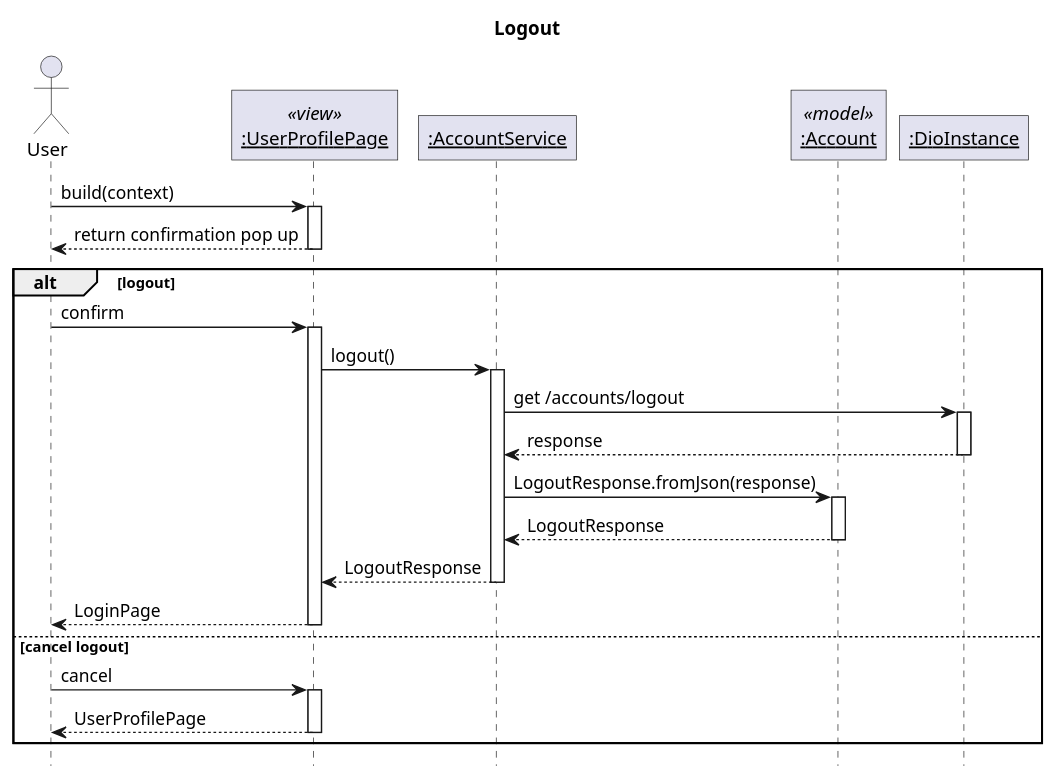
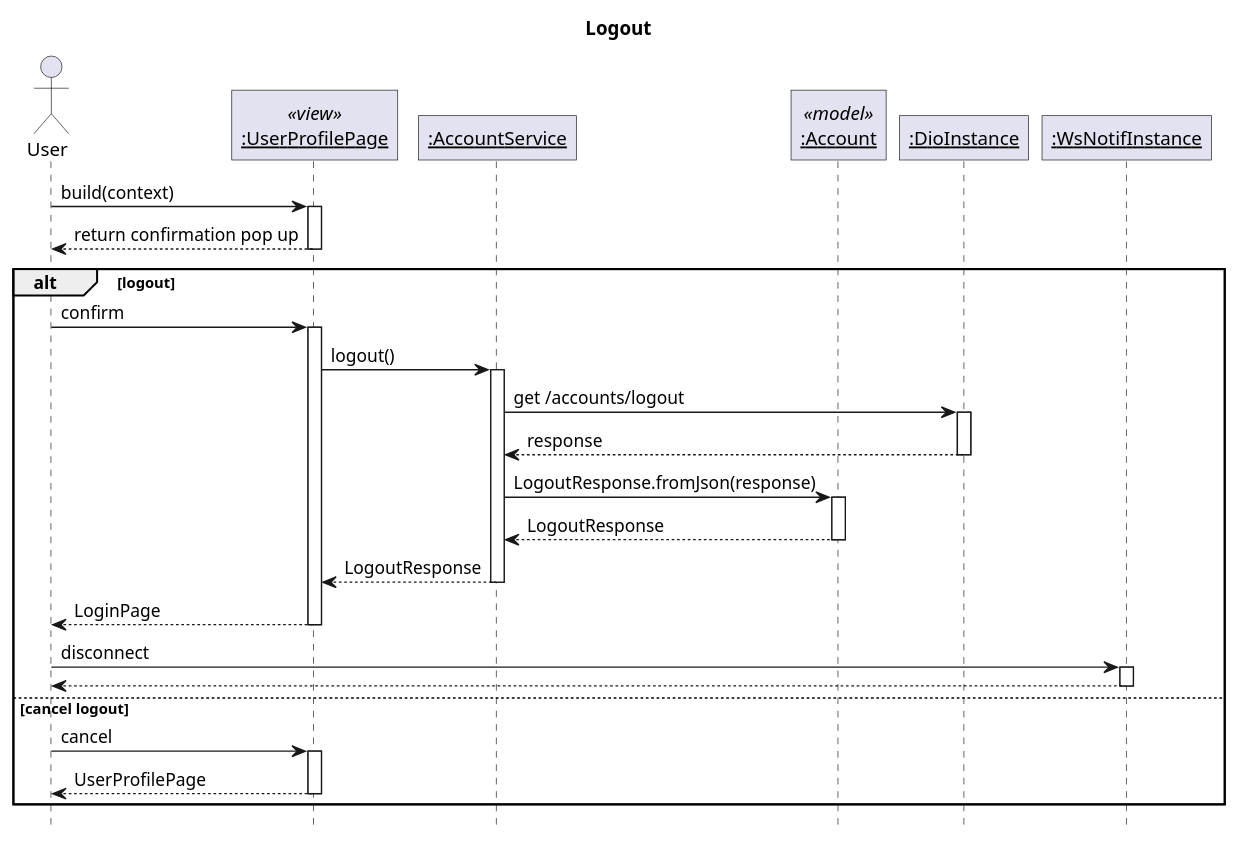
The diagram in lib/plantuml/sequence/account/logout.puml (sharoncedila/FO_woofers), drawn with PlantUML before and after one commit. The commit also changed 33 other files, not shown here.

```diff
--- a/lib/plantuml/sequence/account/logout.puml
+++ b/lib/plantuml/sequence/account/logout.puml
@@ -1,38 +1,41 @@
 @startuml Logout
 ' Global param
 title Logout
 autoactivate on
 
 ' Global style configuration
 skinparam RoundCorner 0
 hide footbox
 
 ' Sequence participant configuration
 actor User
 participant "__:UserProfilePage__" as Page <<view>>
 participant "__:AccountService__" as Service
 participant "__:Account__" as Model <<model>>
 participant "__:DioInstance__" as Dio
+participant "__:WsNotifInstance__" as ws
 
 
 ' Sequence diagram
 User -> Page: build(context)
 User <-- Page: return confirmation pop up
 alt logout
 User -> Page: confirm
 Page -> Service: logout()
 Service -> Dio: get /accounts/logout
 Service <-- Dio: response
 Service -> Model: LogoutResponse.fromJson(response)
 Service <-- Model: LogoutResponse
 Page <-- Service: LogoutResponse
 User <-- Page: LoginPage
+User -> ws: disconnect
+User <-- ws
 else cancel logout
 User -> Page: cancel
 User <-- Page: UserProfilePage
 end
 
 
 
 
 @enduml
```
